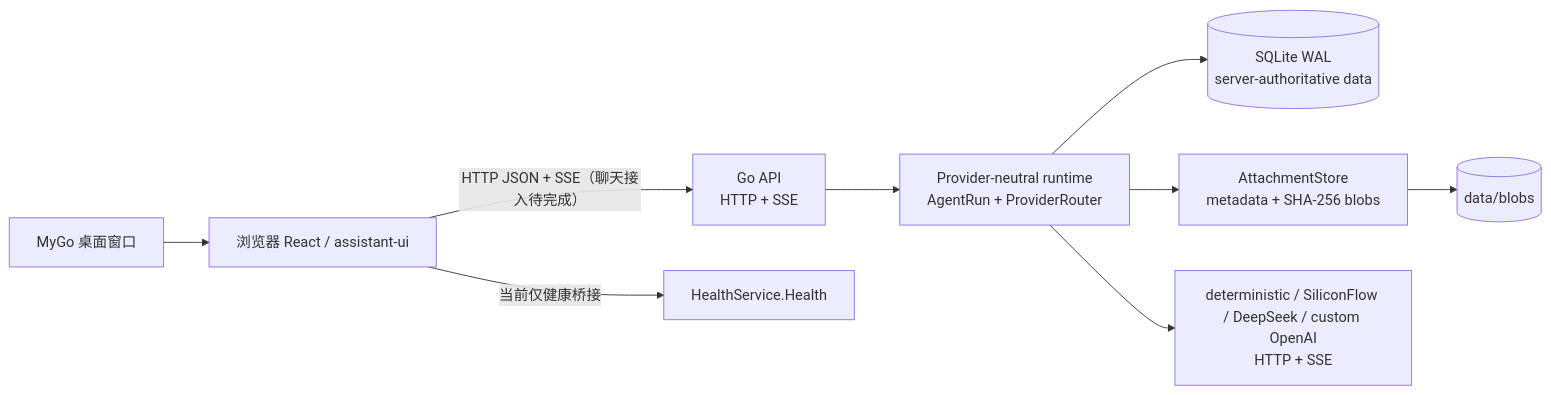
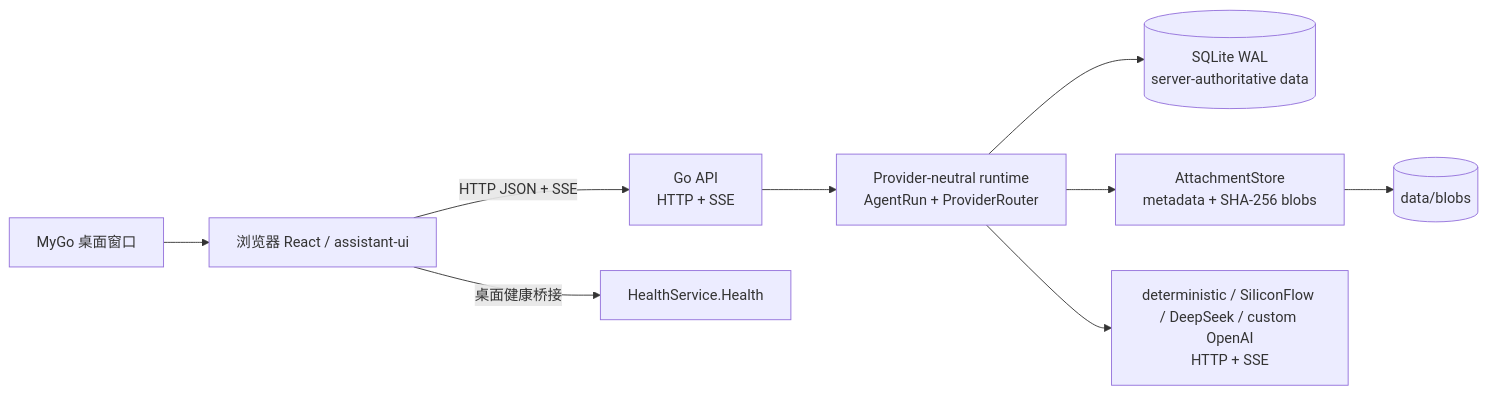
Before and after one commit to BA7MLV/DeepStudent-Go: the diagram in README.md, drawn with Mermaid. The commit also changed other lines of this file and 23 other files, not shown here.

````diff
--- a/README.md
+++ b/README.md
@@ -32,11 +32,11 @@
 ```mermaid
 flowchart LR
-  WEB[浏览器 React / assistant-ui] -->|HTTP JSON + SSE（聊天接入待完成）| API[Go API\nHTTP + SSE]
+  WEB[浏览器 React / assistant-ui] -->|HTTP JSON + SSE| API[Go API\nHTTP + SSE]
   DESKTOP[MyGo 桌面窗口] --> WEB
-  WEB -->|当前仅健康桥接| HEALTH[HealthService.Health]
+  WEB -->|桌面健康桥接| HEALTH[HealthService.Health]
   API --> RT[Provider-neutral runtime\nAgentRun + ProviderRouter]
   RT --> DB[(SQLite WAL\nserver-authoritative data)]
   RT --> BLOB[AttachmentStore\nmetadata + SHA-256 blobs]
   RT --> P[deterministic / SiliconFlow / DeepSeek / custom OpenAI\nHTTP + SSE]
   BLOB --> FS[(data/blobs)]
 ```
````
